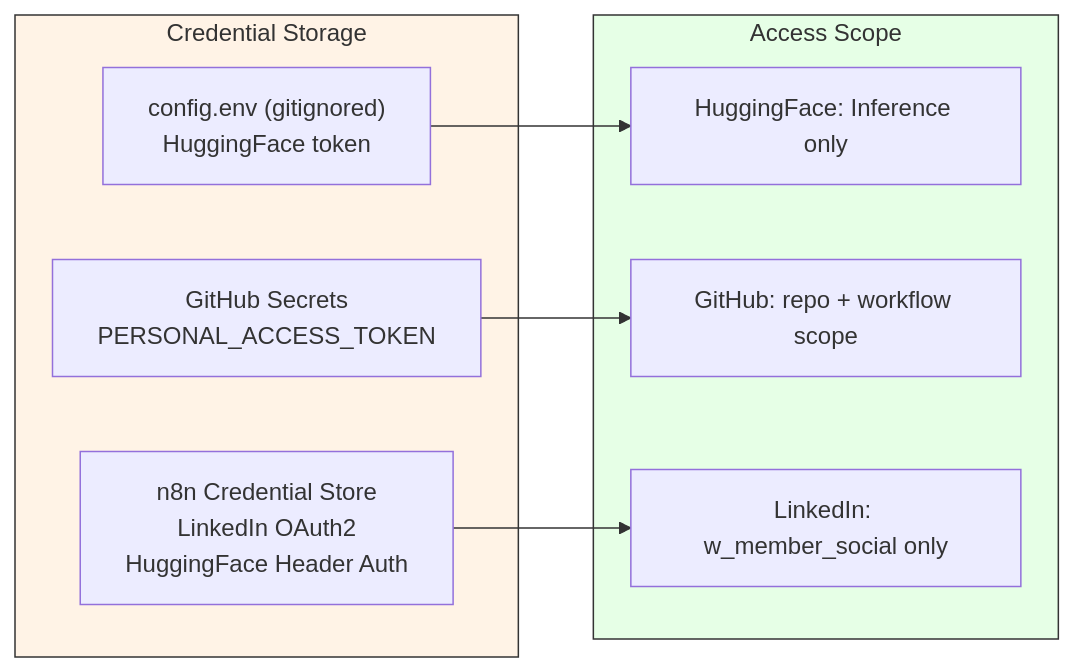
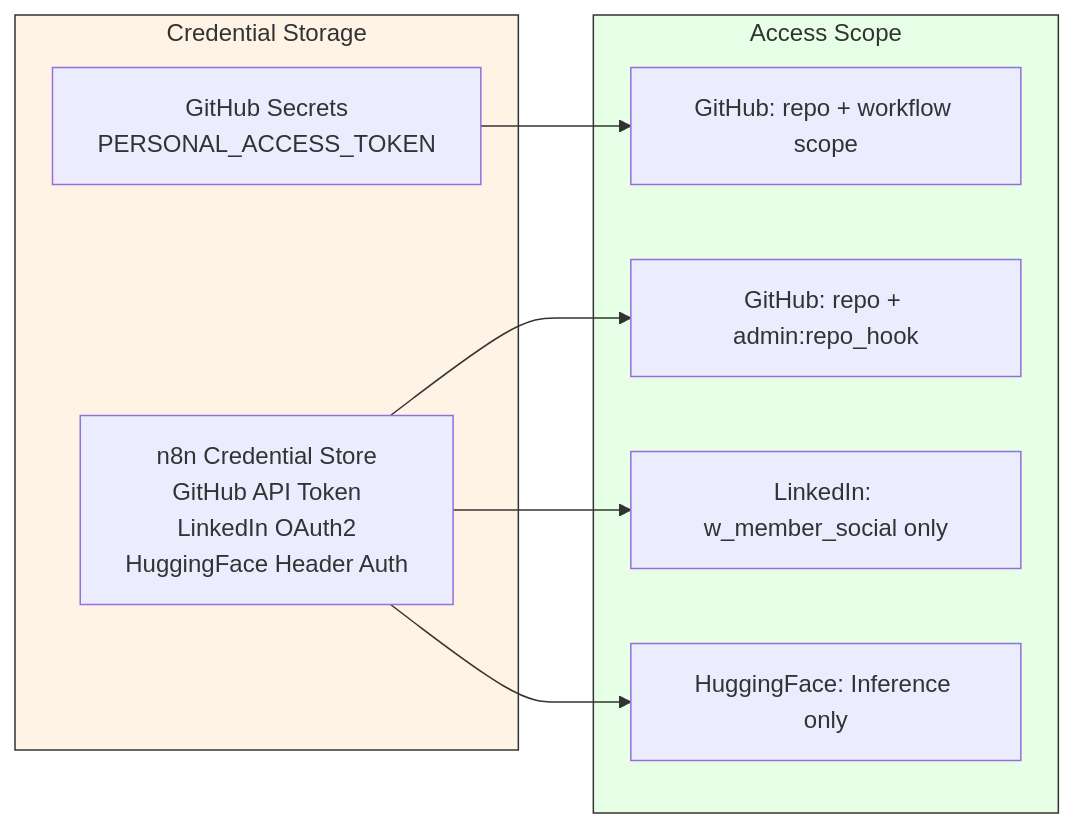
One commit to thatsmeadarsh/n8n-powered-auto-web-publish changed the eighth of 8 diagrams in docs/architecture.md. Above: the diagram before and after it, drawn with Mermaid. The commit also changed other lines of this file and 7 other files, not shown here.

First line of the commit message:
Replace fswatch watcher with GitHub webhook trigger in n8n

````diff
--- a/docs/architecture.md
+++ b/docs/architecture.md
@@ -512,17 +525,17 @@
 ```mermaid
 graph LR
     subgraph Secrets["Credential Storage"]
-        CE["config.env (gitignored)<br/>HuggingFace token"]
         GS["GitHub Secrets<br/>PERSONAL_ACCESS_TOKEN"]
-        NC["n8n Credential Store<br/>LinkedIn OAuth2<br/>HuggingFace Header Auth"]
+        NC["n8n Credential Store<br/>GitHub API Token<br/>LinkedIn OAuth2<br/>HuggingFace Header Auth"]
     end
 
     subgraph Access["Access Scope"]
-        CE --> HFA["HuggingFace: Inference only"]
         GS --> GHA["GitHub: repo + workflow scope"]
+        NC --> GTA["GitHub: repo + admin:repo_hook"]
         NC --> LIA["LinkedIn: w_member_social only"]
+        NC --> HFA["HuggingFace: Inference only"]
     end
 
     style Secrets fill:#fff3e6,stroke:#333
     style Access fill:#e6ffe6,stroke:#333
 ```
````
